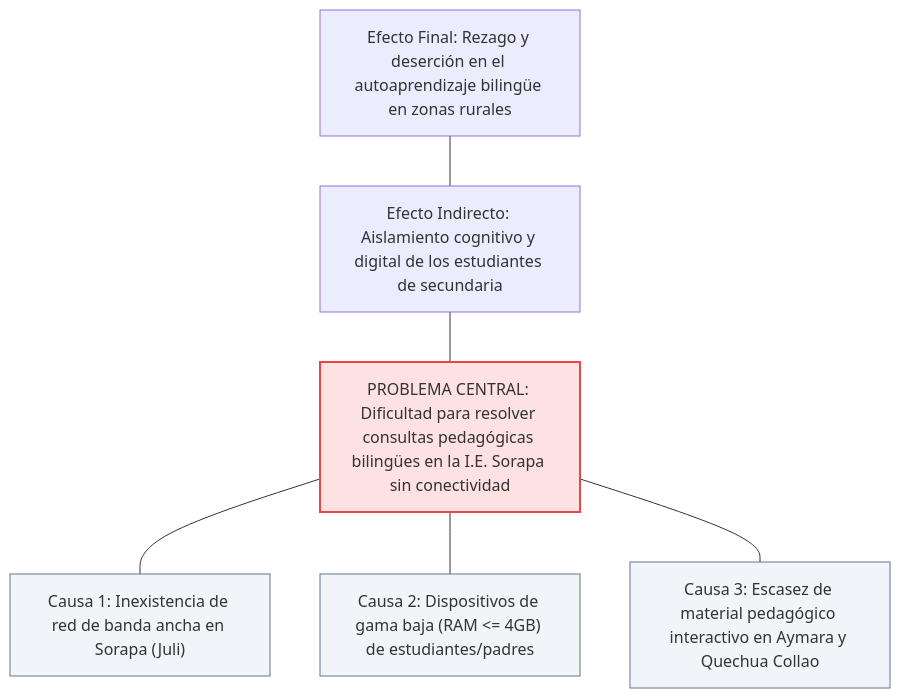
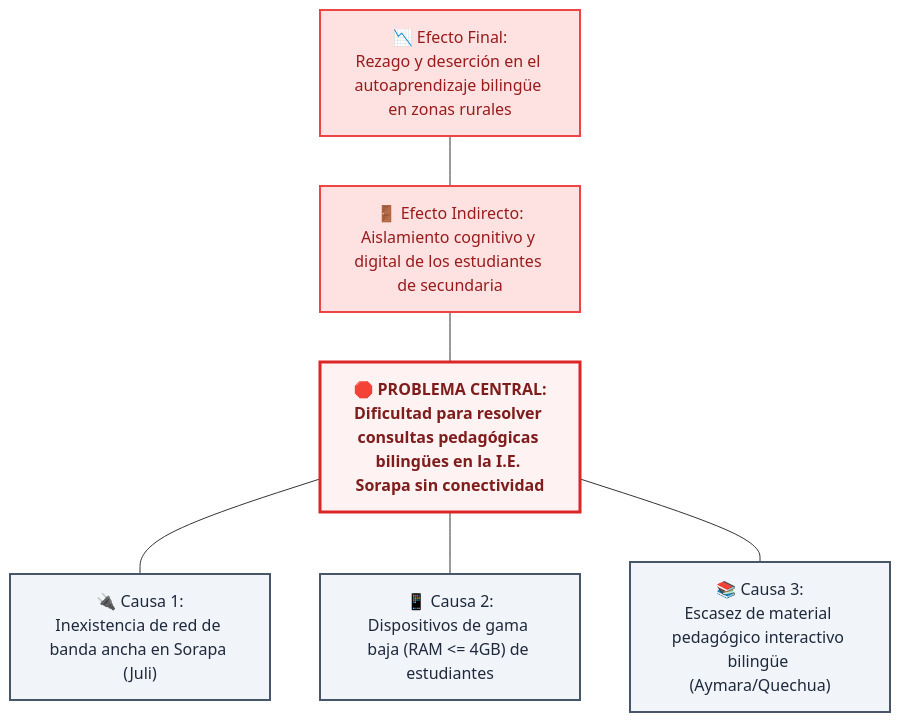
One commit to jhanslarico11/Perfil-de-Egreso changed the first of 4 diagrams in docs/ChristianRafaelMamaniCallata/entregable1.md. Above: the diagram before and after it, drawn with Mermaid. The commit also changed other lines of this file and 4 other files, not shown here.

Commit message:
Personalización visual y estilización de los diagramas Mermaid

````diff
--- a/docs/ChristianRafaelMamaniCallata/entregable1.md
+++ b/docs/ChristianRafaelMamaniCallata/entregable1.md
@@ -186,25 +185,24 @@
 ```mermaid
 graph TD
-    %% Efectos (Nivel Superior)
-    E1["Efecto Final: Rezago y deserción en el autoaprendizaje bilingüe en zonas rurales"]
-    E2["Efecto Indirecto: Aislamiento cognitivo y digital de los estudiantes de secundaria"]
+    %% Estilos de Nodos
+    classDef effect fill:#fee2e2,stroke:#ef4444,stroke-width:2px,color:#991b1b;
+    classDef problem fill:#fef2f2,stroke:#dc2626,stroke-width:3px,color:#7f1d1d,font-weight:bold;
+    classDef cause fill:#f1f5f9,stroke:#475569,stroke-width:2px,color:#1e293b;
+
+    %% Nodos
+    E1["📉 Efecto Final:<br>Rezago y deserción en el autoaprendizaje bilingüe en zonas rurales"]:::effect
+    E2["🚪 Efecto Indirecto:<br>Aislamiento cognitivo y digital de los estudiantes de secundaria"]:::effect
     
-    %% Problema Central
-    PC["PROBLEMA CENTRAL: Dificultad para resolver consultas pedagógicas bilingües en la I.E. Sorapa sin conectividad"]
+    PC["🛑 PROBLEMA CENTRAL:<br>Dificultad para resolver consultas pedagógicas bilingües en la I.E. Sorapa sin conectividad"]:::problem
     
-    %% Causas (Nivel Inferior)
-    C1["Causa 1: Inexistencia de red de banda ancha en Sorapa (Juli)"]
-    C2["Causa 2: Dispositivos de gama baja (RAM <= 4GB) de estudiantes/padres"]
-    C3["Causa 3: Escasez de material pedagógico interactivo en Aymara y Quechua Collao"]
+    C1["🔌 Causa 1:<br>Inexistencia de red de banda ancha en Sorapa (Juli)"]:::cause
+    C2["📱 Causa 2:<br>Dispositivos de gama baja (RAM <= 4GB) de estudiantes"]:::cause
+    C3["📚 Causa 3:<br>Escasez de material pedagógico interactivo bilingüe (Aymara/Quechua)"]:::cause
 
+    %% Enlaces
     E1 --- E2
     E2 --- PC
     PC --- C1
     PC --- C2
     PC --- C3
-    
-    style PC fill:#fee2e2,stroke:#ef4444,stroke-width:2px;
-    style C1 fill:#f1f5f9,stroke:#64748b;
-    style C2 fill:#f1f5f9,stroke:#64748b;
-    style C3 fill:#f1f5f9,stroke:#64748b;
 ```
````
